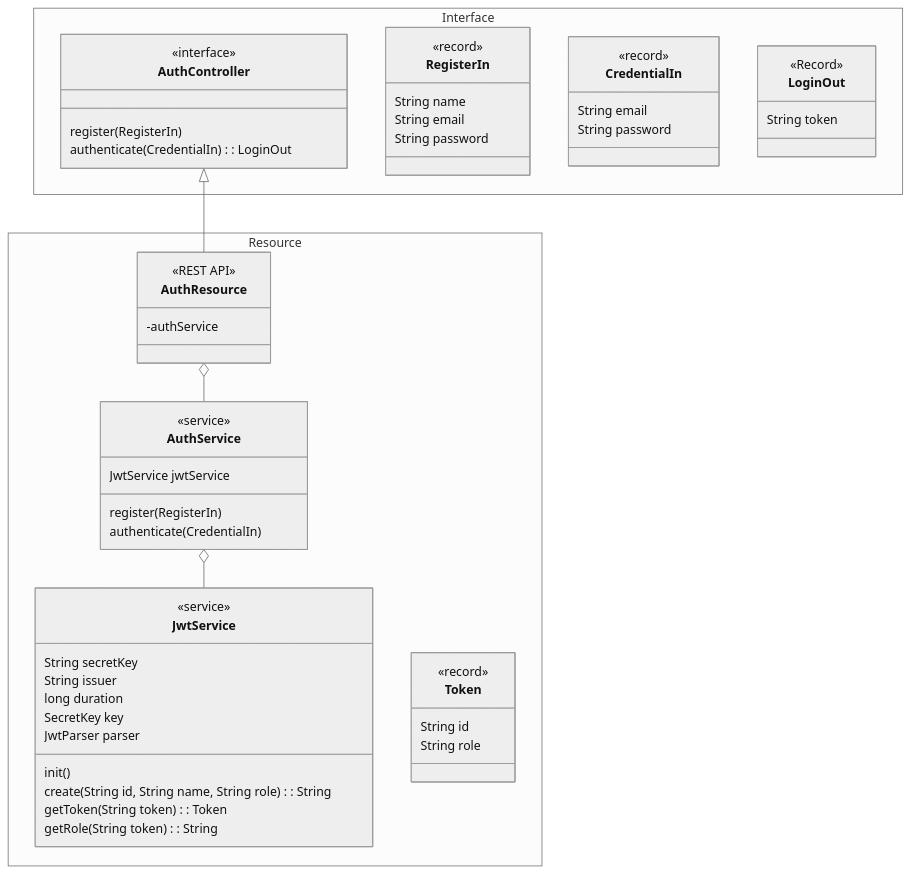
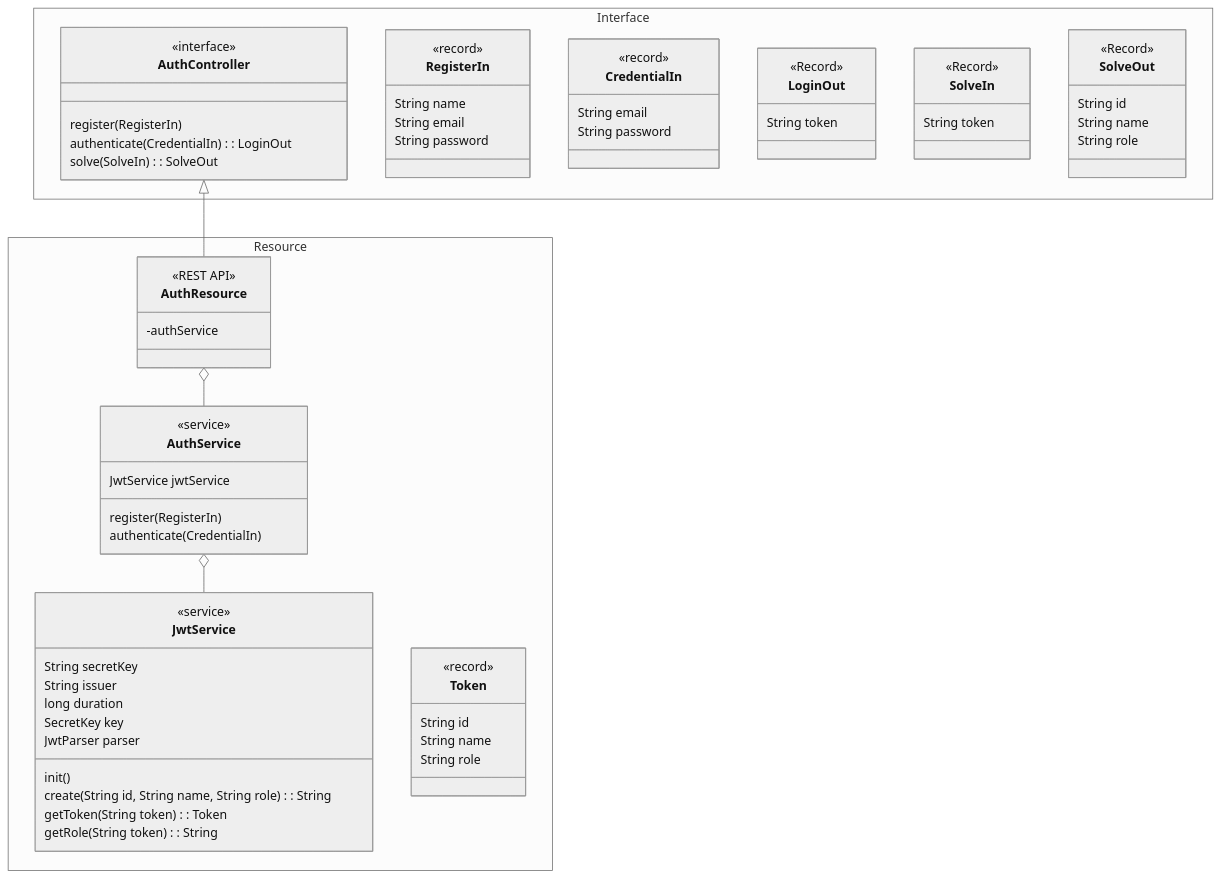
Before and after one commit to hsandmann/platform: the third of 3 diagrams in docs/handout/microservices/auth.md, drawn with Mermaid (neutral theme). The commit also changed other lines of this file and 10 other files, not shown here.

````diff
--- a/docs/handout/microservices/auth.md
+++ b/docs/handout/microservices/auth.md
@@ -92,57 +92,69 @@
 ``` mermaid
 classDiagram
   namespace Interface {
     class AuthController {
       <<interface>>
       register(RegisterIn)
       authenticate(CredentialIn): LoginOut
+      solve(SolveIn): SolveOut
     }
     class RegisterIn {
       <<record>>
       String name
       String email
       String password
     }
     class CredentialIn {
       <<record>>
       String email
       String password
     }
     class LoginOut {
       <<Record>>
       String token
+    }
+    class SolveIn {
+      <<Record>>
+      String token
+    }
+    class SolveOut {
+      <<Record>>
+      String id
+      String name
+      String role
     }
   }
   namespace Resource {
     class AuthResource {
       <<REST API>>
       -authService
     }
     class AuthService {
       <<service>>
       JwtService jwtService
       register(RegisterIn)
       authenticate(CredentialIn)
     }
     class JwtService {
       <<service>>
       String secretKey
       String issuer
       long duration
       SecretKey key
       JwtParser parser
       init()
       create(String id, String name, String role): String
       getToken(String token): Token
       getRole(String token): String
     }
     class Token {
       <<record>>
       String id
+      String name
       String role
     }
   }
   AuthController <|-- AuthResource
   AuthResource o-- AuthService
   AuthService o-- JwtService
 ```
````
